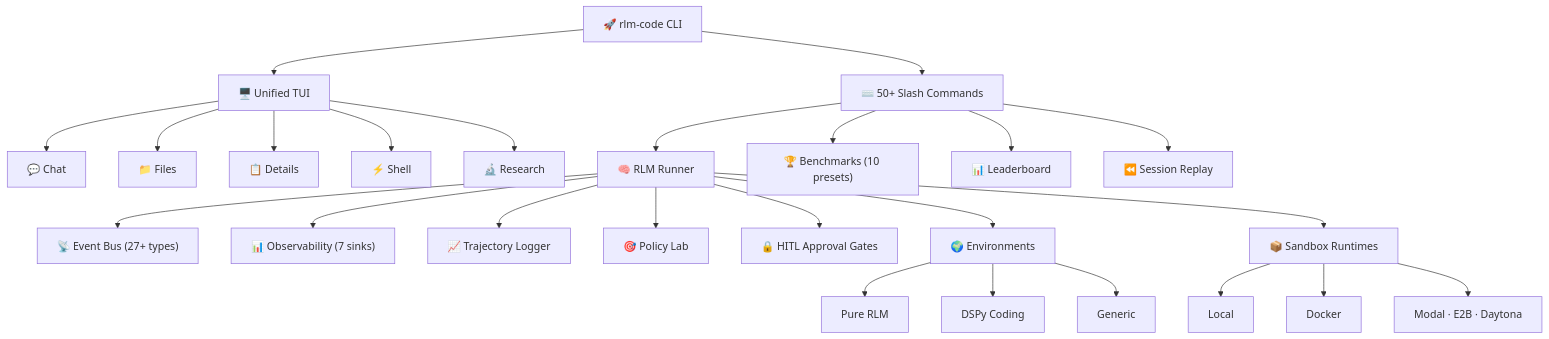
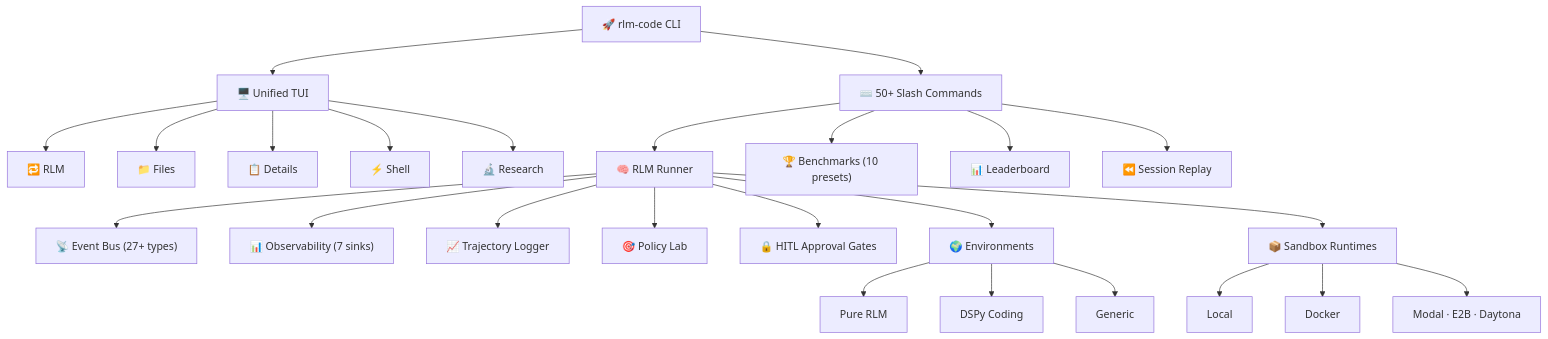
One commit to SuperagenticAI/rlm-code changed the diagram in docs/index.md. Above: the diagram before and after it, drawn with Mermaid. The commit also changed other lines of this file and 40 other files, not shown here.

````diff
--- a/docs/index.md
+++ b/docs/index.md
@@ -145,33 +146,33 @@
 ```mermaid
 graph TB
     CLI["🚀 rlm-code CLI"]
     CLI --> TUI["🖥️ Unified TUI"]
-    TUI --> CHAT["💬 Chat"]
+    TUI --> RLM["🔁 RLM"]
     TUI --> FILES["📁 Files"]
     TUI --> DETAILS["📋 Details"]
     TUI --> SHELL["⚡ Shell"]
     TUI --> RESEARCH["🔬 Research"]
 
     CLI --> CMD["⌨️ 50+ Slash Commands"]
 
     CMD --> RUNNER["🧠 RLM Runner"]
     RUNNER --> EVENTS["📡 Event Bus (27+ types)"]
     RUNNER --> OBS["📊 Observability (7 sinks)"]
     RUNNER --> TRAJ["📈 Trajectory Logger"]
     RUNNER --> POL["🎯 Policy Lab"]
     RUNNER --> HITL["🔒 HITL Approval Gates"]
 
     RUNNER --> ENV["🌍 Environments"]
     ENV --> PURE["Pure RLM"]
     ENV --> DSPY["DSPy Coding"]
     ENV --> GEN["Generic"]
 
     RUNNER --> SAND["📦 Sandbox Runtimes"]
     SAND --> LOCAL["Local"]
     SAND --> DOCKER["Docker"]
     SAND --> CLOUD["Modal · E2B · Daytona"]
 
     CMD --> BENCH["🏆 Benchmarks (10 presets)"]
     CMD --> LB["📊 Leaderboard"]
     CMD --> SR["⏪ Session Replay"]
 ```
````
